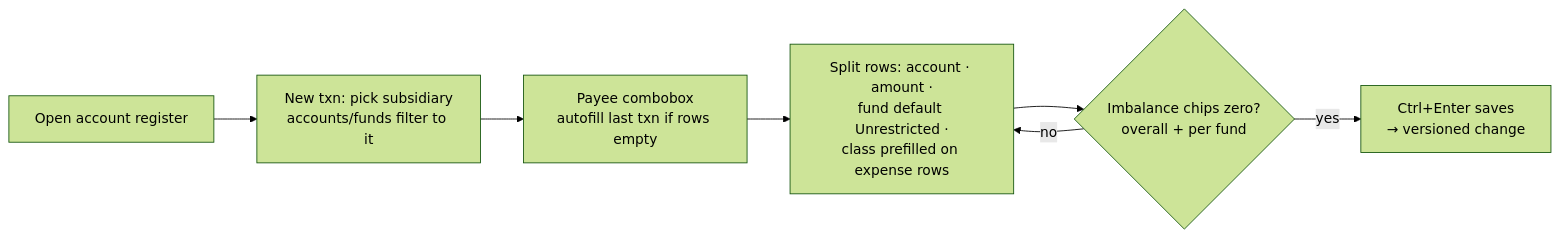
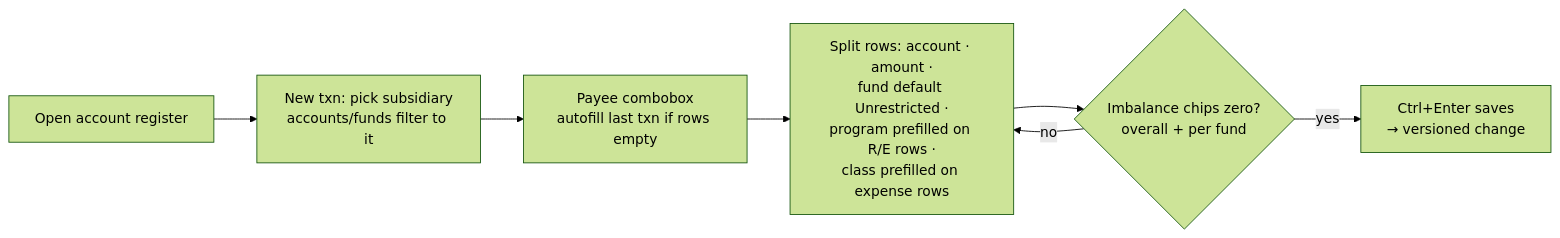
One commit to epiphenomena/cuento changed the fourth of 7 diagrams in PLAN.md. Above: the diagram before and after it, drawn with Mermaid (forest theme). The commit also changed other lines of this file and 1 other file, not shown here.

````diff
--- a/PLAN.md
+++ b/PLAN.md
@@ -581,9 +631,9 @@
 ```mermaid
 flowchart LR
   A[Open account register] --> B[New txn: pick subsidiary<br/>accounts/funds filter to it]
   B --> C[Payee combobox<br/>autofill last txn if rows empty]
-  C --> D[Split rows: account · amount ·<br/>fund default Unrestricted ·<br/>class prefilled on expense rows]
+  C --> D[Split rows: account · amount ·<br/>fund default Unrestricted ·<br/>program prefilled on R/E rows ·<br/>class prefilled on expense rows]
   D --> E{Imbalance chips zero?<br/>overall + per fund}
   E -- no --> D
   E -- yes --> F[Ctrl+Enter saves<br/>→ versioned change]
 ```
````
